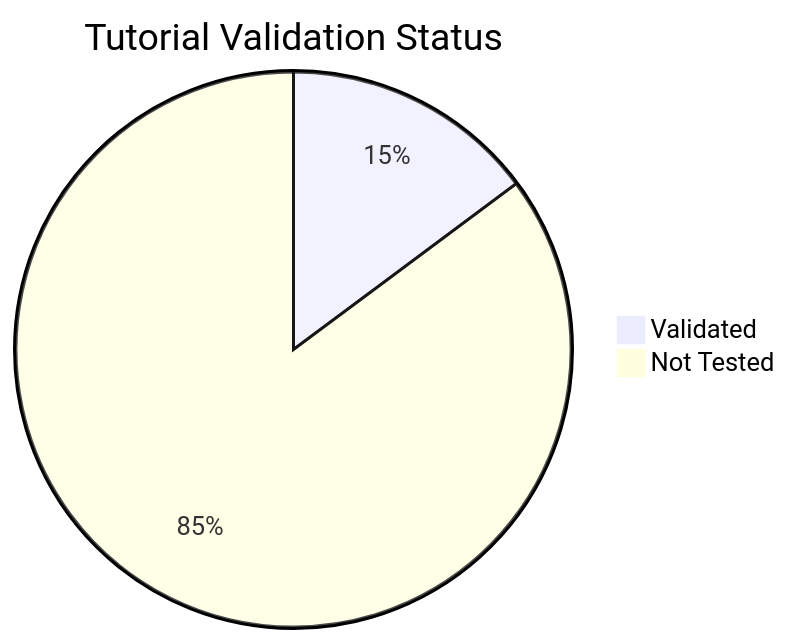
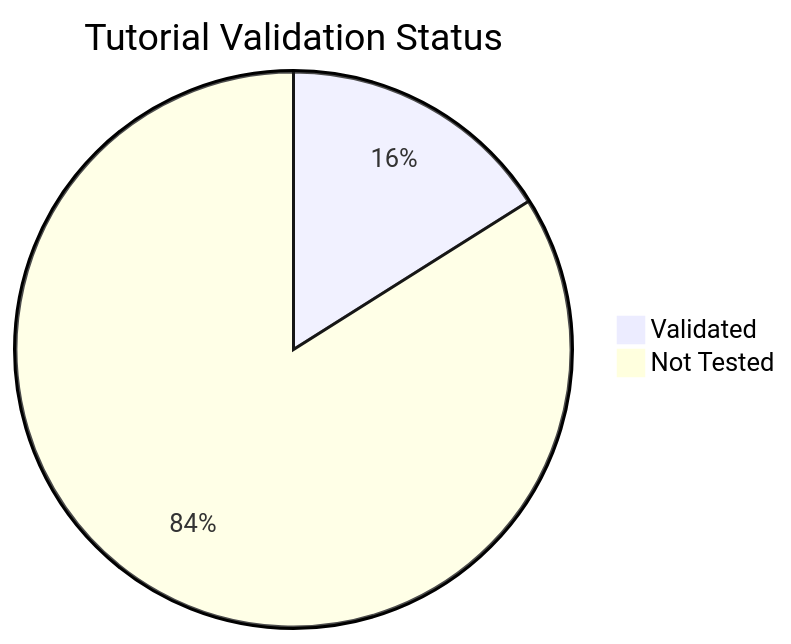
The diagram in docs/reference/validation-status.md (yeongseon/azure-container-apps-practical-guide), drawn with Mermaid before and after one commit. The commit also changed other lines of this file and 1 other file, not shown here.

````diff
--- a/docs/reference/validation-status.md
+++ b/docs/reference/validation-status.md
@@ -35,5 +35,5 @@
 ```mermaid
 pie title Tutorial Validation Status
-    "Validated" : 12
-    "Not Tested" : 69
+    "Validated" : 13
+    "Not Tested" : 68
 ```
````
